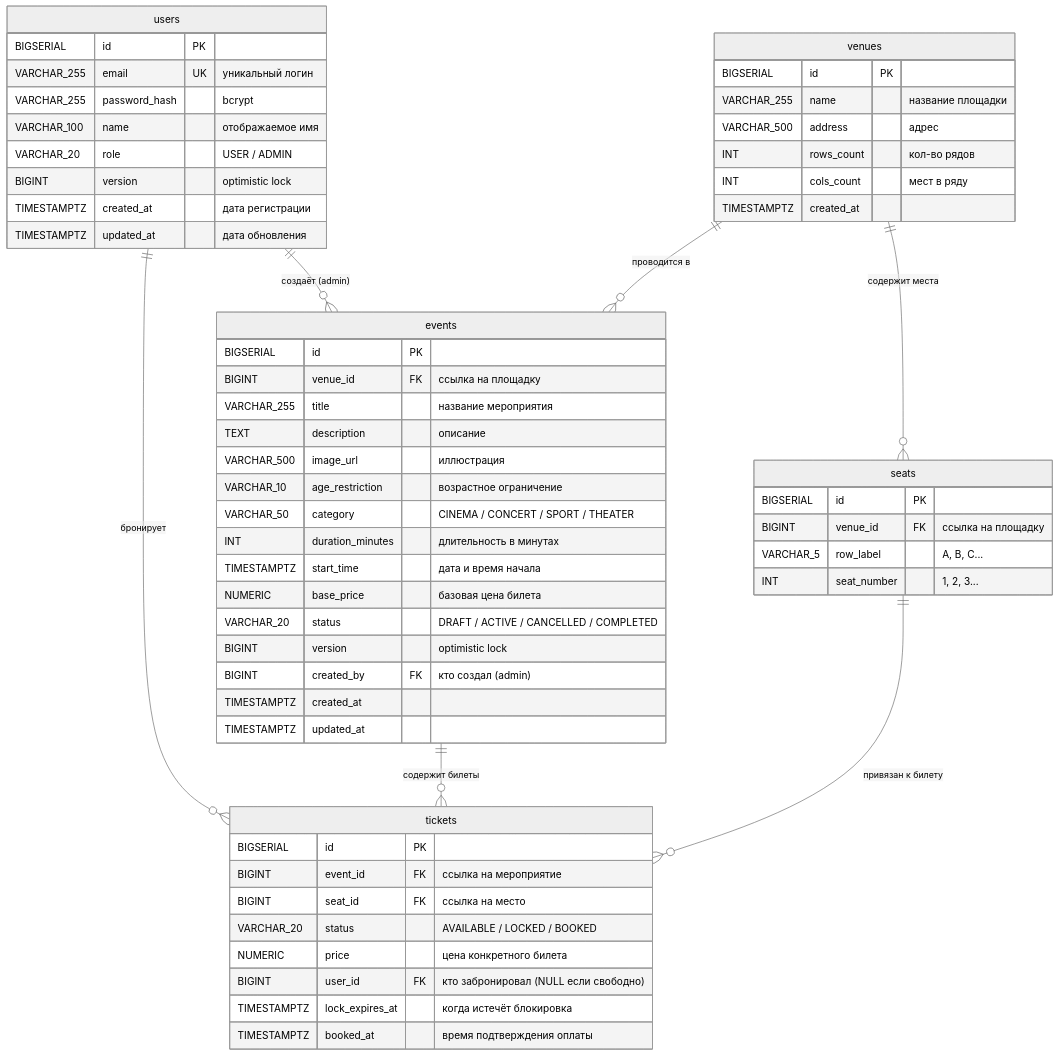
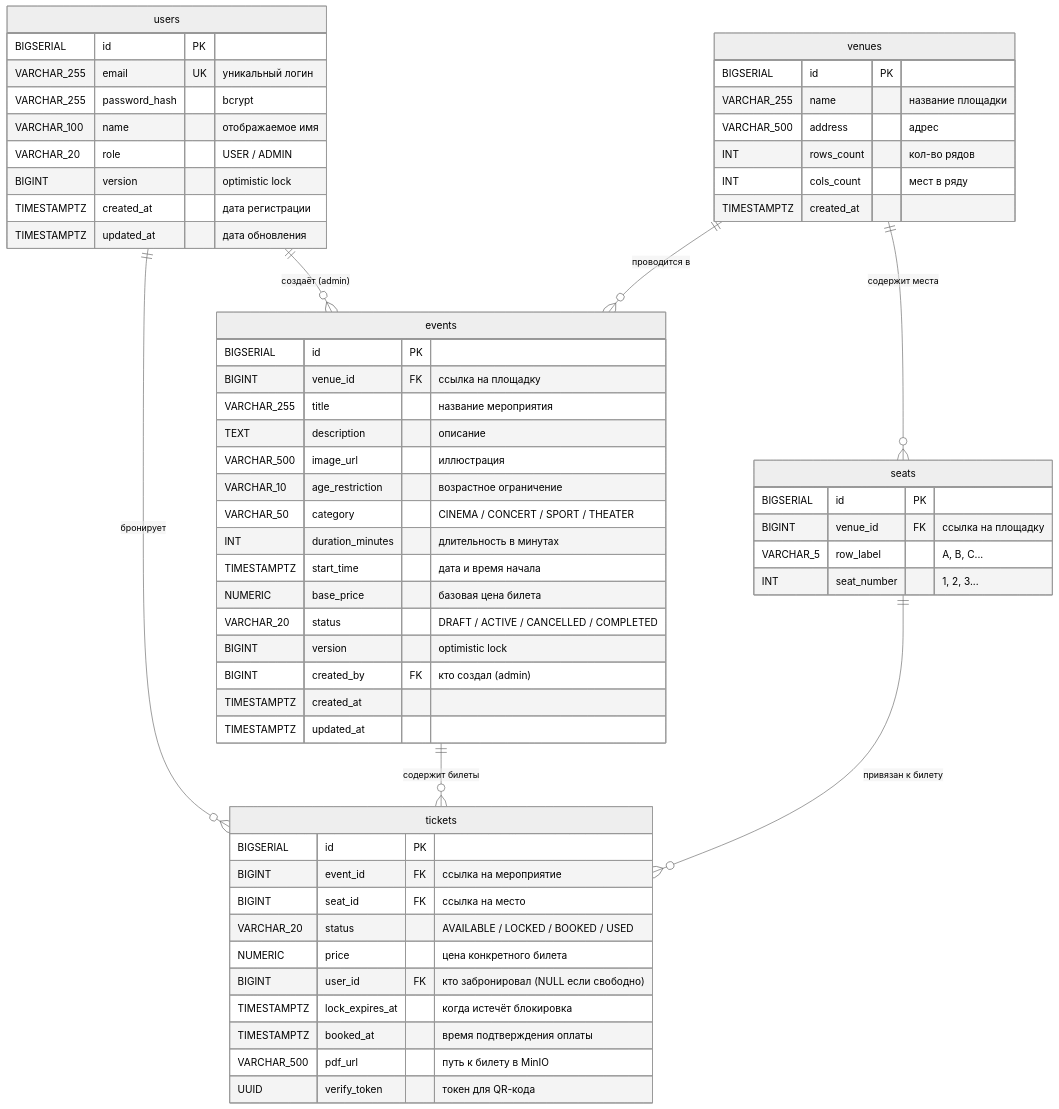
One commit to TicketRace/T-RESERVE-ENGINE changed the first of 2 diagrams in DB.md. Above: the diagram before and after it, drawn with Mermaid (neutral theme). The commit also changed other lines of this file and 5 other files, not shown here.

Commit message:
docs: update architecture, README, API endpoints and DB schemas to reflect current system state

````diff
--- a/DB.md
+++ b/DB.md
@@ -10,65 +10,67 @@
 ```mermaid
 erDiagram
     users ||--o{ tickets : "бронирует"
     users ||--o{ events : "создаёт (admin)"
     venues ||--o{ events : "проводится в"
     venues ||--o{ seats : "содержит места"
     events ||--o{ tickets : "содержит билеты"
     seats ||--o{ tickets : "привязан к билету"
 
     users {
         BIGSERIAL id PK
         VARCHAR_255 email UK "уникальный логин"
         VARCHAR_255 password_hash "bcrypt"
         VARCHAR_100 name "отображаемое имя"
         VARCHAR_20 role "USER / ADMIN"
         BIGINT version "optimistic lock"
         TIMESTAMPTZ created_at "дата регистрации"
         TIMESTAMPTZ updated_at "дата обновления"
     }
 
     venues {
         BIGSERIAL id PK
         VARCHAR_255 name "название площадки"
         VARCHAR_500 address "адрес"
         INT rows_count "кол-во рядов"
         INT cols_count "мест в ряду"
         TIMESTAMPTZ created_at
     }
 
     seats {
         BIGSERIAL id PK
         BIGINT venue_id FK "ссылка на площадку"
         VARCHAR_5 row_label "A, B, C..."
         INT seat_number "1, 2, 3..."
     }
 
     events {
         BIGSERIAL id PK
         BIGINT venue_id FK "ссылка на площадку"
         VARCHAR_255 title "название мероприятия"
         TEXT description "описание"
         VARCHAR_500 image_url "иллюстрация"
         VARCHAR_10 age_restriction "возрастное ограничение"
         VARCHAR_50 category "CINEMA / CONCERT / SPORT / THEATER"
         INT duration_minutes "длительность в минутах"
         TIMESTAMPTZ start_time "дата и время начала"
         NUMERIC base_price "базовая цена билета"
         VARCHAR_20 status "DRAFT / ACTIVE / CANCELLED / COMPLETED"
         BIGINT version "optimistic lock"
         BIGINT created_by FK "кто создал (admin)"
         TIMESTAMPTZ created_at
         TIMESTAMPTZ updated_at
     }
 
     tickets {
         BIGSERIAL id PK
         BIGINT event_id FK "ссылка на мероприятие"
         BIGINT seat_id FK "ссылка на место"
-        VARCHAR_20 status "AVAILABLE / LOCKED / BOOKED"
+        VARCHAR_20 status "AVAILABLE / LOCKED / BOOKED / USED"
         NUMERIC price "цена конкретного билета"
         BIGINT user_id FK "кто забронировал (NULL если свободно)"
         TIMESTAMPTZ lock_expires_at "когда истечёт блокировка"
         TIMESTAMPTZ booked_at "время подтверждения оплаты"
+        VARCHAR_500 pdf_url "путь к билету в MinIO"
+        UUID verify_token "токен для QR-кода"
     }
 ```
````
